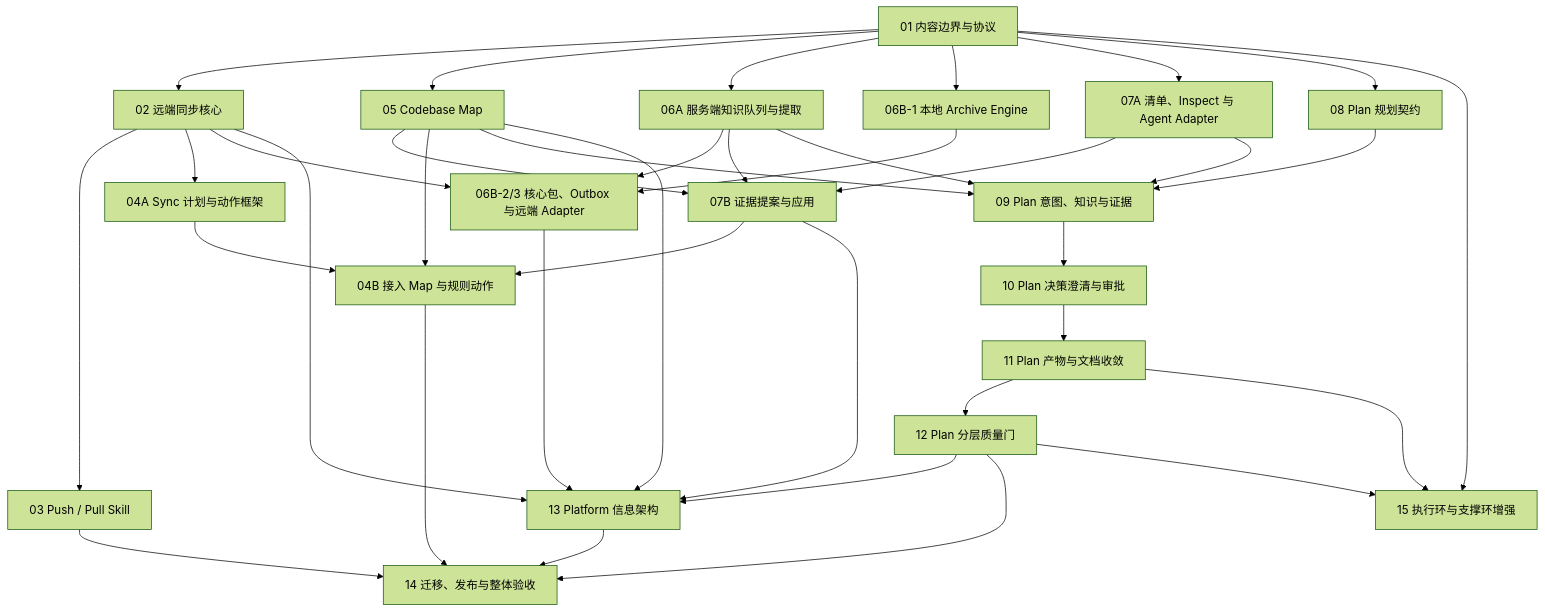
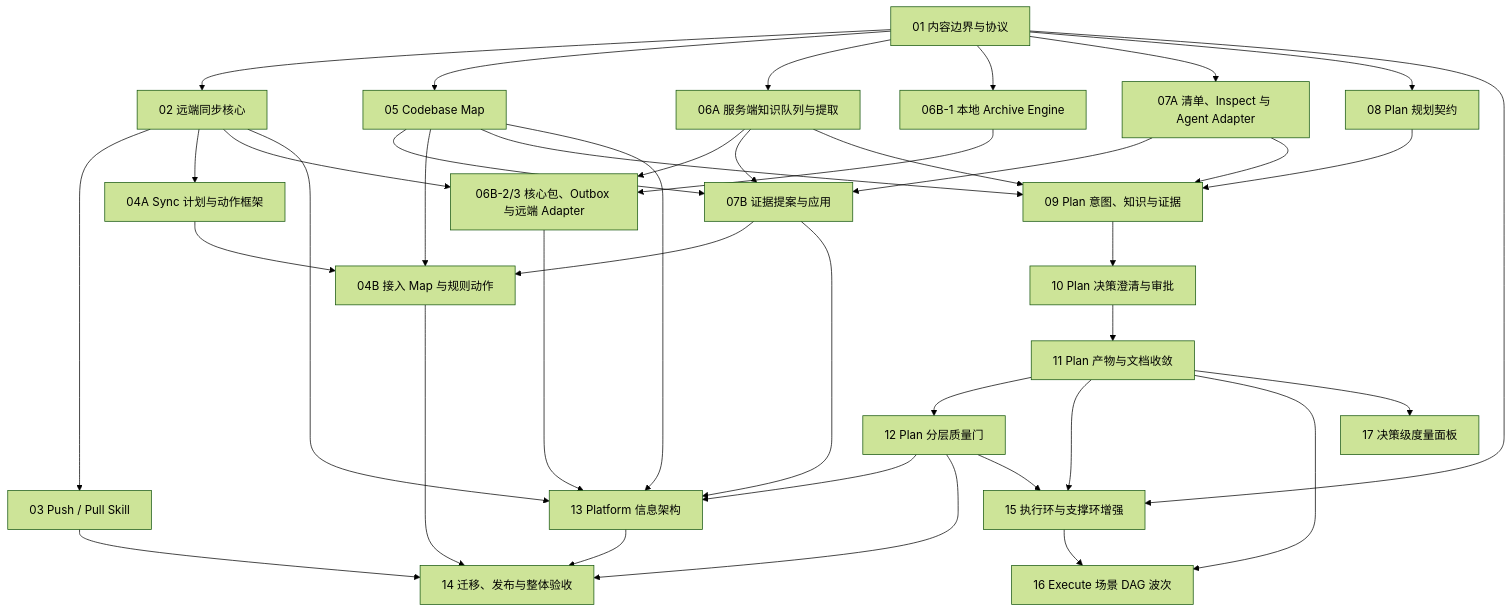
One commit to hunterzheng1/Hunter-Harness changed the diagram in docs/roadmap/README.md. Above: the diagram before and after it, drawn with Mermaid (forest theme). The commit also changed other lines of this file and 17 other files, not shown here.

First line of the commit message:
feat(harness): 16-M1 场景 DAG 契约与 advisory 波次派生 + 17-M1 决策级度量面板

````diff
--- a/docs/roadmap/README.md
+++ b/docs/roadmap/README.md
@@ -19,39 +19,45 @@
 ```mermaid
 flowchart TD
     S01["01 内容边界与协议"] --> S02["02 远端同步核心"]
     S01 --> S05["05 Codebase Map"]
     S01 --> S06A["06A 服务端知识队列与提取"]
     S01 --> S06B1["06B-1 本地 Archive Engine"]
     S01 --> S07A["07A 清单、Inspect 与 Agent Adapter"]
     S01 --> S08["08 Plan 规划契约"]
     S02 --> S03["03 Push / Pull Skill"]
     S02 --> S04A["04A Sync 计划与动作框架"]
     S02 --> S06B23["06B-2/3 核心包、Outbox 与远端 Adapter"]
     S06A --> S06B23
     S06B1 --> S06B23
     S05 --> S07B["07B 证据提案与应用"]
     S06A --> S07B
     S07A --> S07B
     S04A --> S04B["04B 接入 Map 与规则动作"]
     S05 --> S04B
     S07B --> S04B
     S05 --> S09["09 Plan 意图、知识与证据"]
     S06A --> S09
     S07A --> S09
     S08 --> S09
     S09 --> S10["10 Plan 决策澄清与审批"]
     S10 --> S11["11 Plan 产物与文档收敛"]
     S11 --> S12["12 Plan 分层质量门"]
     S02 --> S13["13 Platform 信息架构"]
     S05 --> S13
     S06B23 --> S13
     S07B --> S13
     S12 --> S13
     S03 --> S14["14 迁移、发布与整体验收"]
     S04B --> S14
     S12 --> S14
     S13 --> S14
     S01 --> S15["15 执行环与支撑环增强"]
     S11 --> S15
     S12 --> S15
+    S11 --> S16
+    S15 --> S16
+    S11 --> S17
+
+    S16["16 Execute 场景 DAG 波次"]
+    S17["17 决策级度量面板"]
 ```
````
